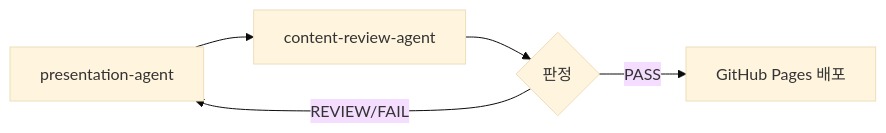
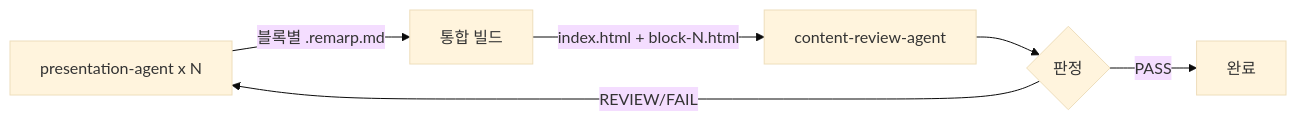
Before and after one commit to Atom-oh/oh-my-cloud-skills: the first of 6 diagrams in docs/docs/aws-content-plugin/overview.md, drawn with Mermaid (base theme). The commit also changed other lines of this file and 24 other files, not shown here.

````diff
--- a/docs/docs/aws-content-plugin/overview.md
+++ b/docs/docs/aws-content-plugin/overview.md
@@ -38,7 +38,8 @@
 ```mermaid
 flowchart LR
-    A[presentation-agent] --> B[content-review-agent]
-    B --> C{판정}
-    C -->|PASS| D[GitHub Pages 배포]
-    C -->|REVIEW/FAIL| A
+    A[presentation-agent x N] -->|블록별 .remarp.md| B[통합 빌드]
+    B -->|index.html + block-N.html| C[content-review-agent]
+    C --> D{판정}
+    D -->|PASS| E[완료]
+    D -->|REVIEW/FAIL| A
 ```
````
